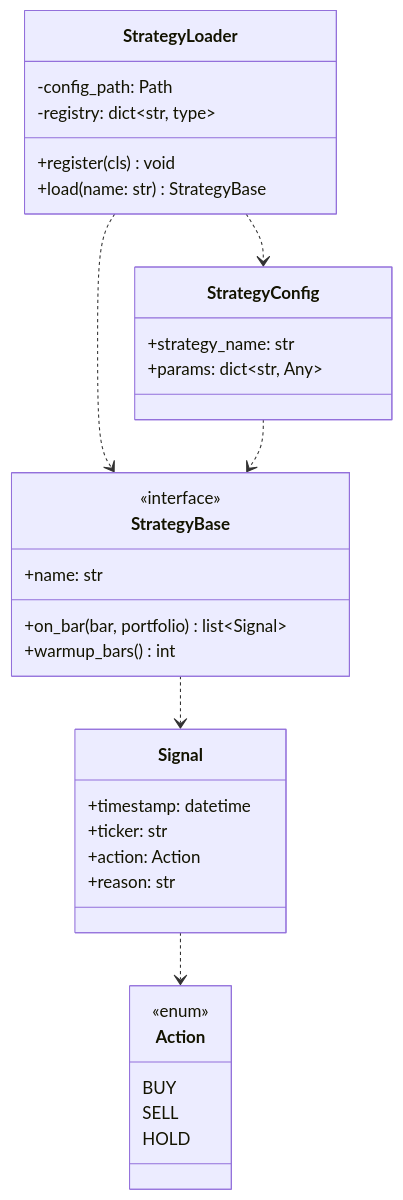
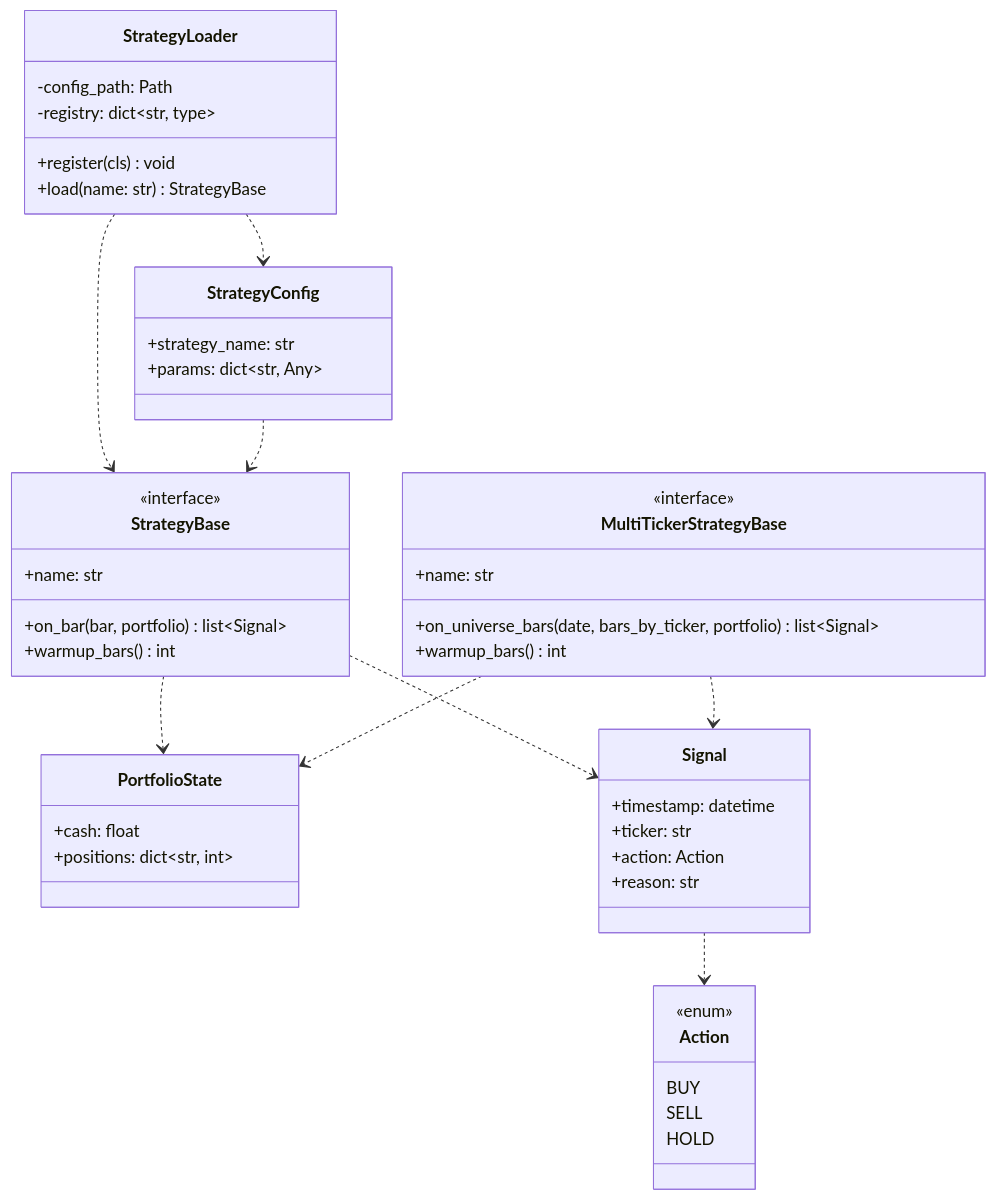
The first of 3 diagrams in docs/uml/p2-strategies/framework.md (Tobi-B/quant_trader), drawn with Mermaid before and after one commit. The commit also changed other lines of this file and 3 other files, not shown here.

````diff
--- a/docs/uml/p2-strategies/framework.md
+++ b/docs/uml/p2-strategies/framework.md
@@ -17,37 +17,50 @@
 ```mermaid
 classDiagram
     class StrategyBase {
         <<interface>>
         +name: str
         +on_bar(bar, portfolio) list~Signal~
         +warmup_bars() int
+    }
+    class MultiTickerStrategyBase {
+        <<interface>>
+        +name: str
+        +on_universe_bars(date, bars_by_ticker, portfolio) list~Signal~
+        +warmup_bars() int
+    }
+    class PortfolioState {
+        +cash: float
+        +positions: dict~str, int~
     }
     class Signal {
         +timestamp: datetime
         +ticker: str
         +action: Action
         +reason: str
     }
     class Action {
         <<enum>>
         BUY
         SELL
         HOLD
     }
     class StrategyConfig {
         +strategy_name: str
         +params: dict~str, Any~
     }
     class StrategyLoader {
         -config_path: Path
         -registry: dict~str, type~
         +register(cls) void
         +load(name: str) StrategyBase
     }
 
     StrategyBase ..> Signal
+    StrategyBase ..> PortfolioState
+    MultiTickerStrategyBase ..> Signal
+    MultiTickerStrategyBase ..> PortfolioState
     Signal ..> Action
     StrategyLoader ..> StrategyConfig
     StrategyLoader ..> StrategyBase
     StrategyConfig ..> StrategyBase
 ```
````
